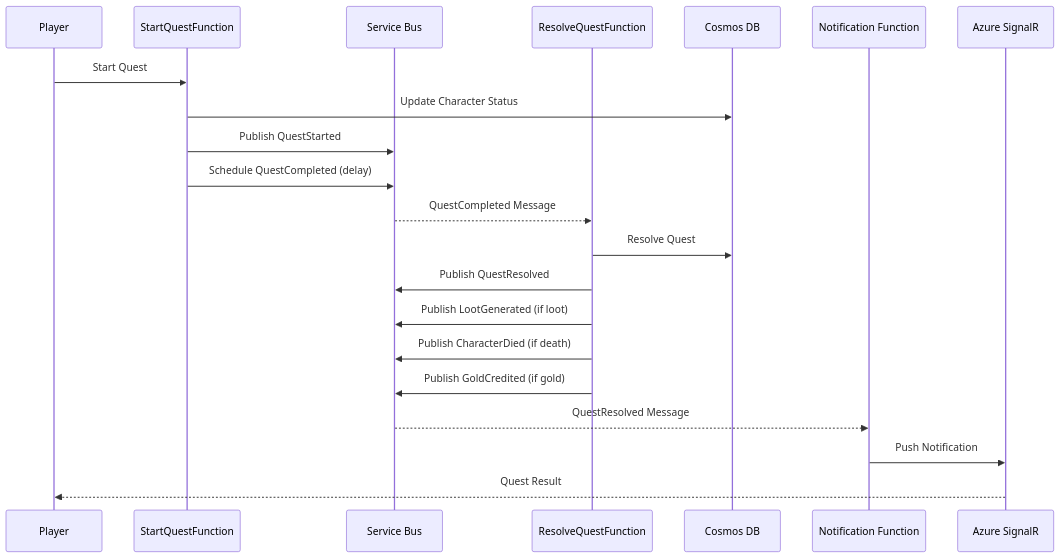
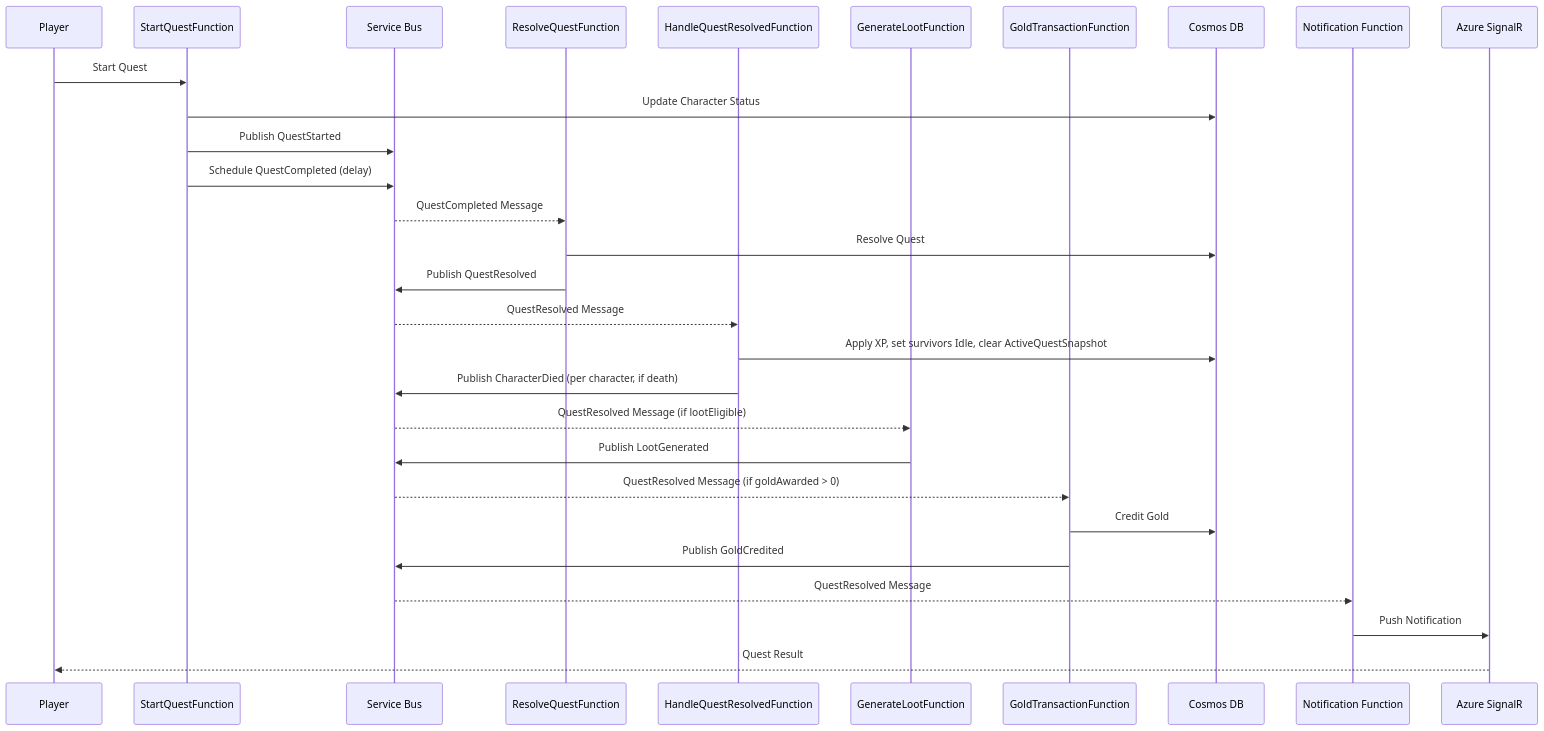
Before and after one commit to JranZu/Bmd.GuildManager: the third of 12 diagrams in docs/Bmd.GuildManager - System Architecture Diagrams.md, drawn with Mermaid. The commit also changed other lines of this file and 14 other files, not shown here.

````diff
--- a/docs/Bmd.GuildManager - System Architecture Diagrams.md
+++ b/docs/Bmd.GuildManager - System Architecture Diagrams.md
@@ -109,28 +109,39 @@
 ```mermaid
 sequenceDiagram
 
 participant Player
 participant API as StartQuestFunction
 participant SB as Service Bus
-participant Worker as ResolveQuestFunction
+participant Resolver as ResolveQuestFunction
+participant CharHandler as HandleQuestResolvedFunction
+participant LootGen as GenerateLootFunction
+participant GoldSvc as GoldTransactionFunction
 participant DB as Cosmos DB
 participant Notify as Notification Function
 participant SignalR as Azure SignalR
 
 Player->>API: Start Quest
 API->>DB: Update Character Status
 API->>SB: Publish QuestStarted
 API->>SB: Schedule QuestCompleted (delay)
 
-SB-->>Worker: QuestCompleted Message
+SB-->>Resolver: QuestCompleted Message
 
-Worker->>DB: Resolve Quest
-Worker->>SB: Publish QuestResolved
-Worker->>SB: Publish LootGenerated (if loot)
-Worker->>SB: Publish CharacterDied (if death)
-Worker->>SB: Publish GoldCredited (if gold)
+Resolver->>DB: Resolve Quest
+Resolver->>SB: Publish QuestResolved
+
+SB-->>CharHandler: QuestResolved Message
+CharHandler->>DB: Apply XP, set survivors Idle, clear ActiveQuestSnapshot
+CharHandler->>SB: Publish CharacterDied (per character, if death)
+
+SB-->>LootGen: QuestResolved Message (if lootEligible)
+LootGen->>SB: Publish LootGenerated
+
+SB-->>GoldSvc: QuestResolved Message (if goldAwarded > 0)
+GoldSvc->>DB: Credit Gold
+GoldSvc->>SB: Publish GoldCredited
 
 SB-->>Notify: QuestResolved Message
 Notify->>SignalR: Push Notification
 SignalR-->>Player: Quest Result
 ```
````
